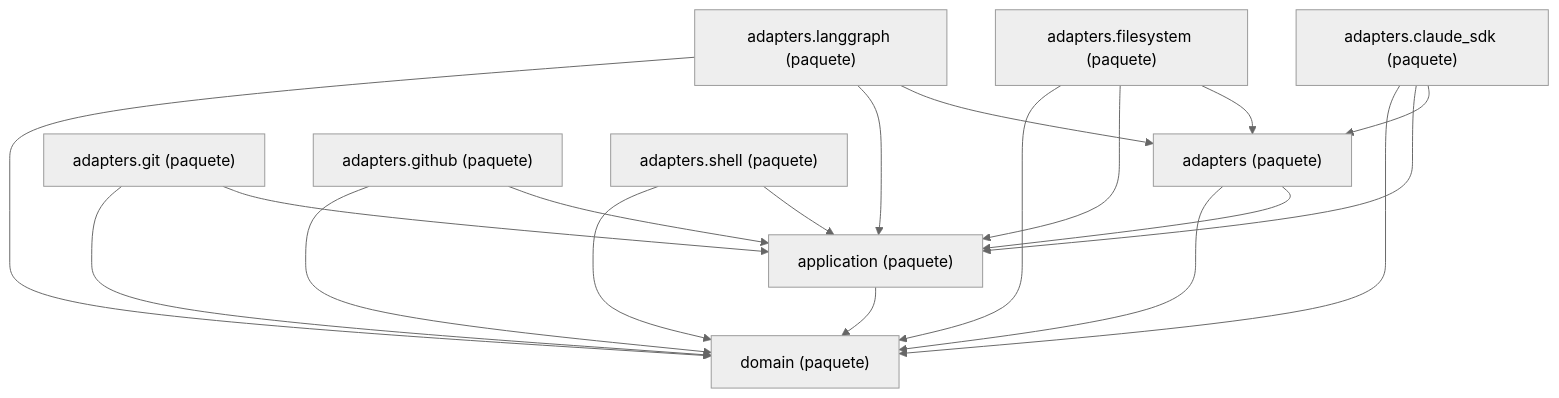
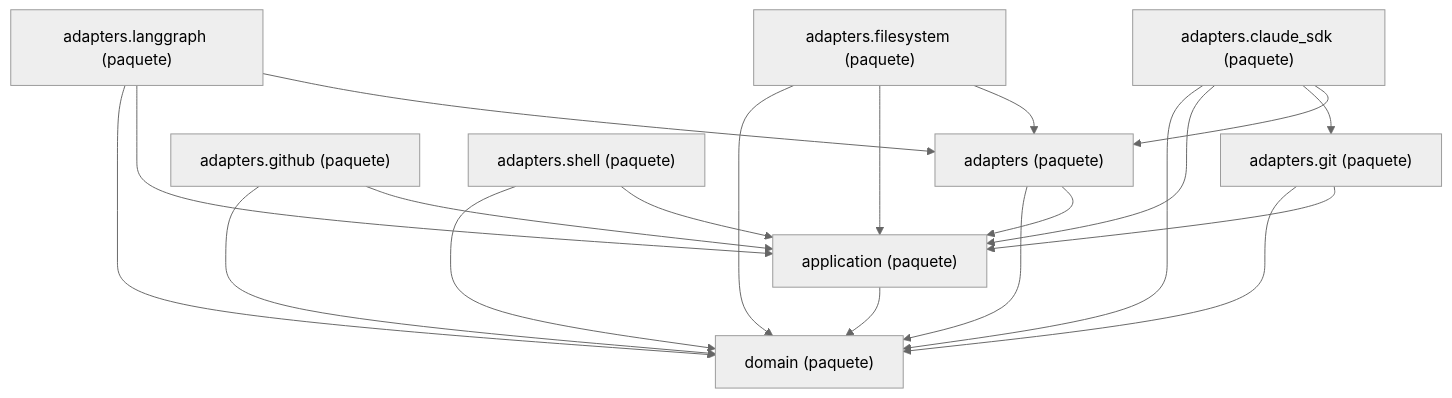
One commit to GonzaloZevallos/agentic-system changed the diagram in docs/architecture/generated/packages-process.md. Above: the diagram before and after it, drawn with Mermaid (neutral theme). The commit also changed 8 other files, not shown here.

````diff
--- a/docs/architecture/generated/packages-process.md
+++ b/docs/architecture/generated/packages-process.md
@@ -35,30 +35,31 @@
 ```mermaid
 graph TD
     g_pkg__adapters["adapters (paquete)"]
     g_pkg__adapters__claude_sdk["adapters.claude_sdk (paquete)"]
     g_pkg__adapters__filesystem["adapters.filesystem (paquete)"]
     g_pkg__adapters__git["adapters.git (paquete)"]
     g_pkg__adapters__github["adapters.github (paquete)"]
     g_pkg__adapters__langgraph["adapters.langgraph (paquete)"]
     g_pkg__adapters__shell["adapters.shell (paquete)"]
     g_pkg__application["application (paquete)"]
     g_pkg__domain["domain (paquete)"]
     g_pkg__adapters --> g_pkg__application
     g_pkg__adapters --> g_pkg__domain
     g_pkg__adapters__claude_sdk --> g_pkg__adapters
+    g_pkg__adapters__claude_sdk --> g_pkg__adapters__git
     g_pkg__adapters__claude_sdk --> g_pkg__application
     g_pkg__adapters__claude_sdk --> g_pkg__domain
     g_pkg__adapters__filesystem --> g_pkg__adapters
     g_pkg__adapters__filesystem --> g_pkg__application
     g_pkg__adapters__filesystem --> g_pkg__domain
     g_pkg__adapters__git --> g_pkg__application
     g_pkg__adapters__git --> g_pkg__domain
     g_pkg__adapters__github --> g_pkg__application
     g_pkg__adapters__github --> g_pkg__domain
     g_pkg__adapters__langgraph --> g_pkg__adapters
     g_pkg__adapters__langgraph --> g_pkg__application
     g_pkg__adapters__langgraph --> g_pkg__domain
     g_pkg__adapters__shell --> g_pkg__application
     g_pkg__adapters__shell --> g_pkg__domain
     g_pkg__application --> g_pkg__domain
 ```
````
